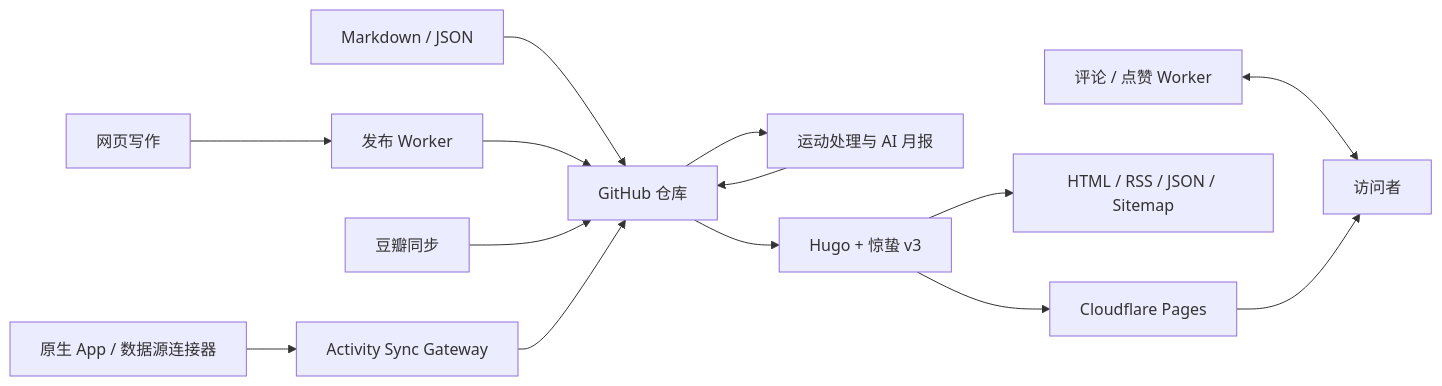
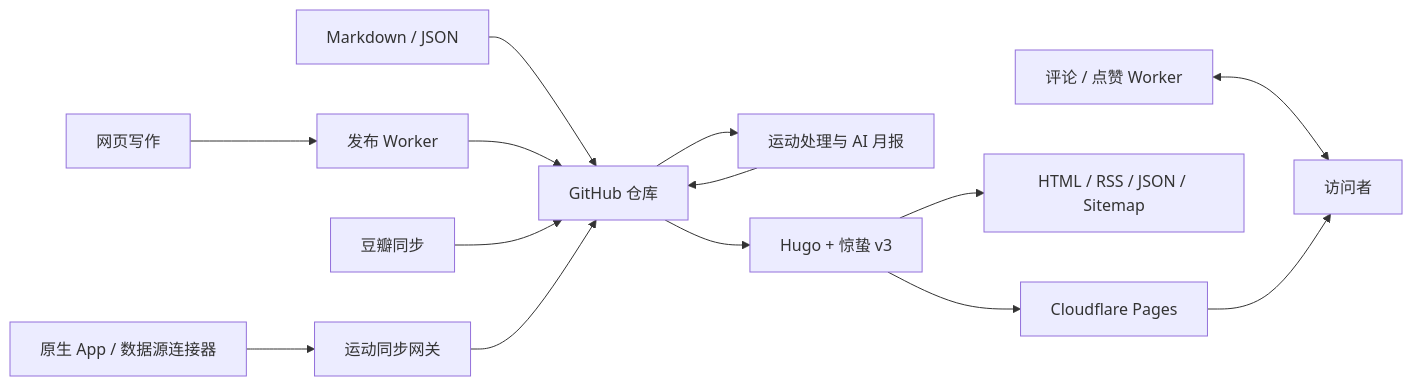
Before and after one commit to koobai/blog: the diagram in README.md, drawn with Mermaid. The commit also changed other lines of this file and 5 other files, not shown here.

Commit message:
docs: explain the activity sync gateway in plain language

````diff
--- a/README.md
+++ b/README.md
@@ -48,16 +48,16 @@
 ```mermaid
 flowchart LR
     A["Markdown / JSON"] --> R["GitHub 仓库"]
     B["网页写作"] --> W["发布 Worker"]
     W --> R
     C["豆瓣同步"] --> R
-    D["原生 App / 数据源连接器"] --> ASW["Activity Sync Gateway"]
+    D["原生 App / 数据源连接器"] --> ASW["运动同步网关"]
     ASW --> R
     R --> P["运动处理与 AI 月报"]
     P --> R
     R --> H["Hugo + 惊蛰 v3"]
     H --> CF["Cloudflare Pages"]
     H --> O["HTML / RSS / JSON / Sitemap"]
     E["评论 / 点赞 Worker"] <--> V["访问者"]
     CF --> V
 ```
````
